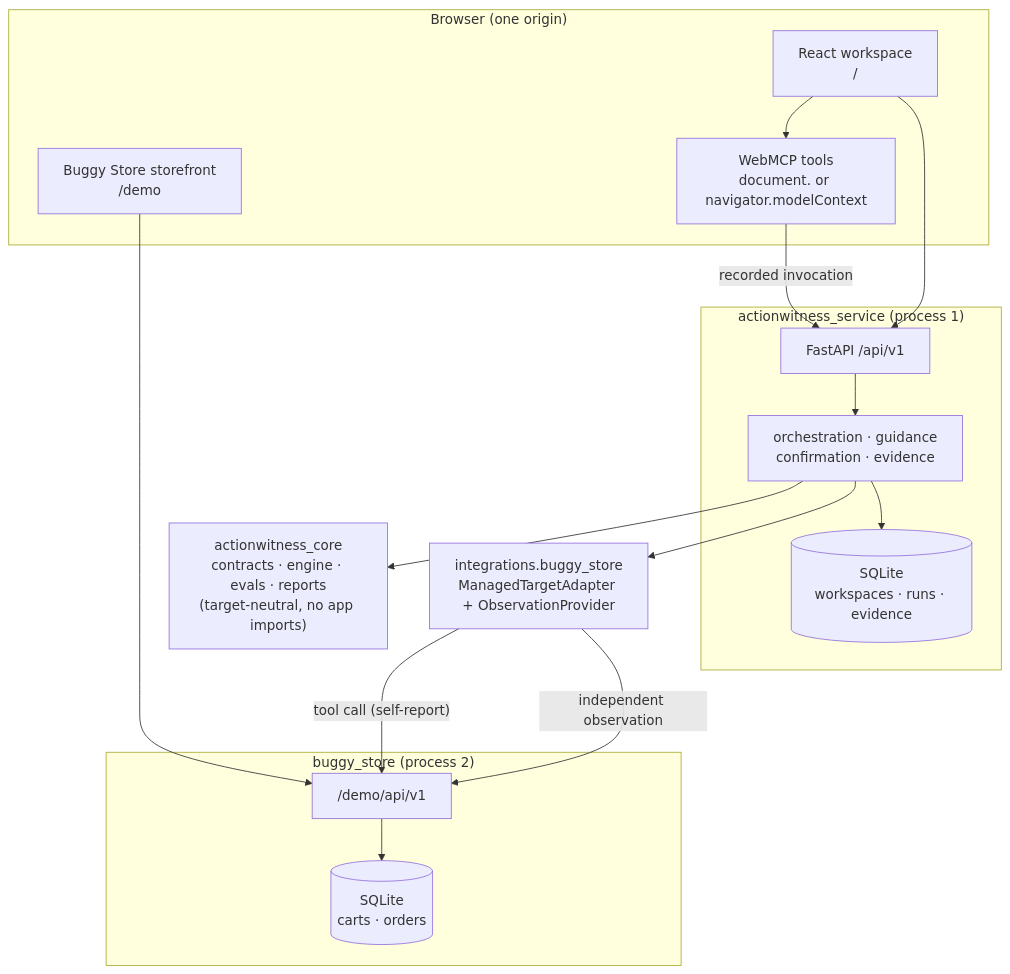
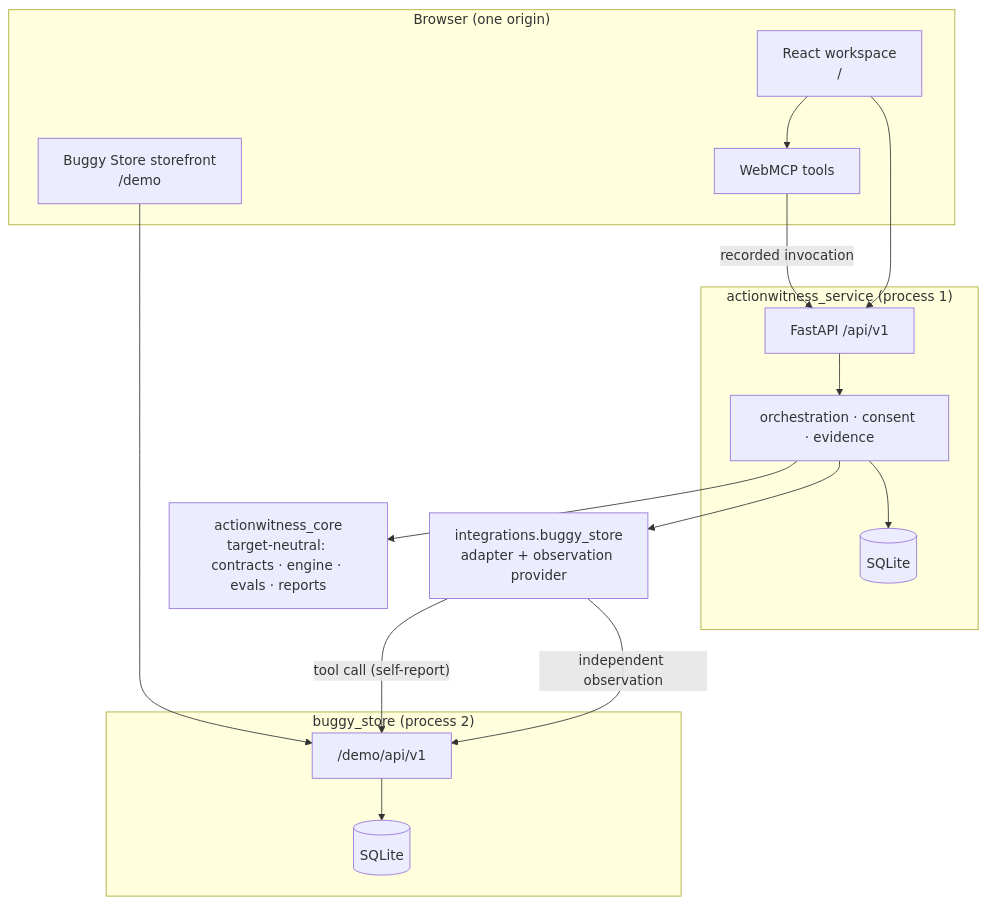
One commit to ichiorca/actionwitness changed the diagram in README.md. Above: the diagram before and after it, drawn with Mermaid. The commit also changed other lines of this file, not shown here.

````diff
--- a/README.md
+++ b/README.md
@@ -171,34 +149,34 @@
 ```mermaid
 flowchart TB
     subgraph browser["Browser (one origin)"]
         UI["React workspace<br/>/"]
         SF["Buggy Store storefront<br/>/demo"]
-        MC["WebMCP tools<br/>document. or navigator.modelContext"]
+        MC["WebMCP tools"]
     end
 
     subgraph service["actionwitness_service (process 1)"]
         API["FastAPI /api/v1"]
-        ENG["orchestration · guidance<br/>confirmation · evidence"]
-        DB[("SQLite<br/>workspaces · runs · evidence")]
+        ENG["orchestration · consent · evidence"]
+        DB[("SQLite")]
     end
 
     subgraph target["buggy_store (process 2)"]
         SAPI["/demo/api/v1"]
-        SDB[("SQLite<br/>carts · orders")]
+        SDB[("SQLite")]
     end
 
-    CORE["actionwitness_core<br/>contracts · engine · evals · reports<br/>(target-neutral, no app imports)"]
-    ADPT["integrations.buggy_store<br/>ManagedTargetAdapter + ObservationProvider"]
+    CORE["actionwitness_core<br/>target-neutral: contracts · engine · evals · reports"]
+    ADPT["integrations.buggy_store<br/>adapter + observation provider"]
 
     UI --> MC
     MC -->|recorded invocation| API
     UI --> API
     SF --> SAPI
     API --> ENG
     ENG --> CORE
     ENG --> ADPT
     ADPT -->|"tool call (self-report)"| SAPI
     ADPT -->|"independent observation"| SAPI
     ENG --> DB
     SAPI --> SDB
 ```
````
